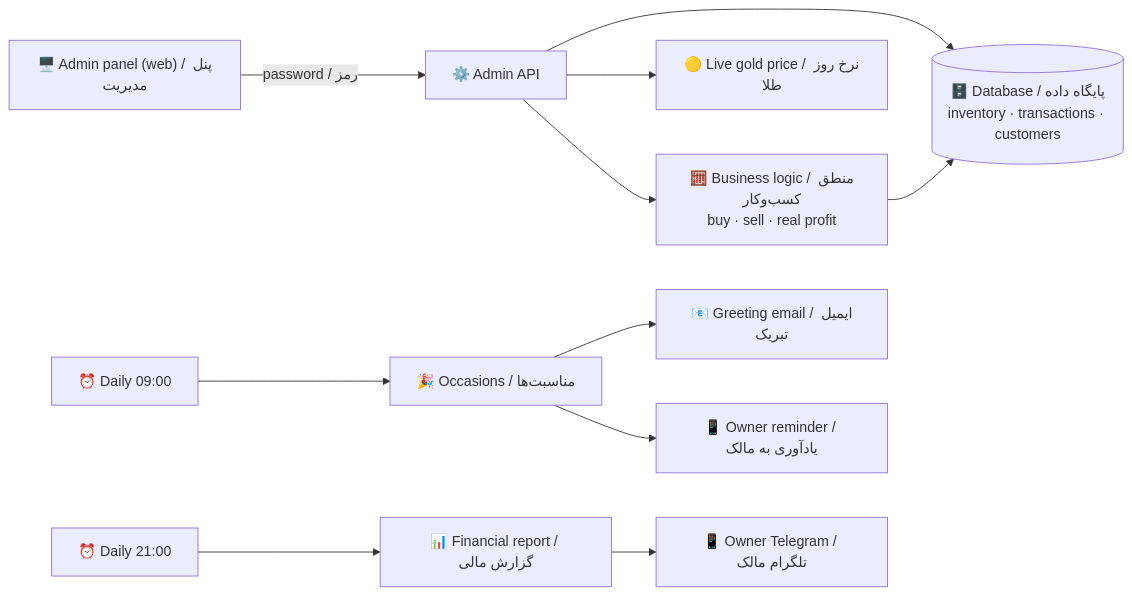
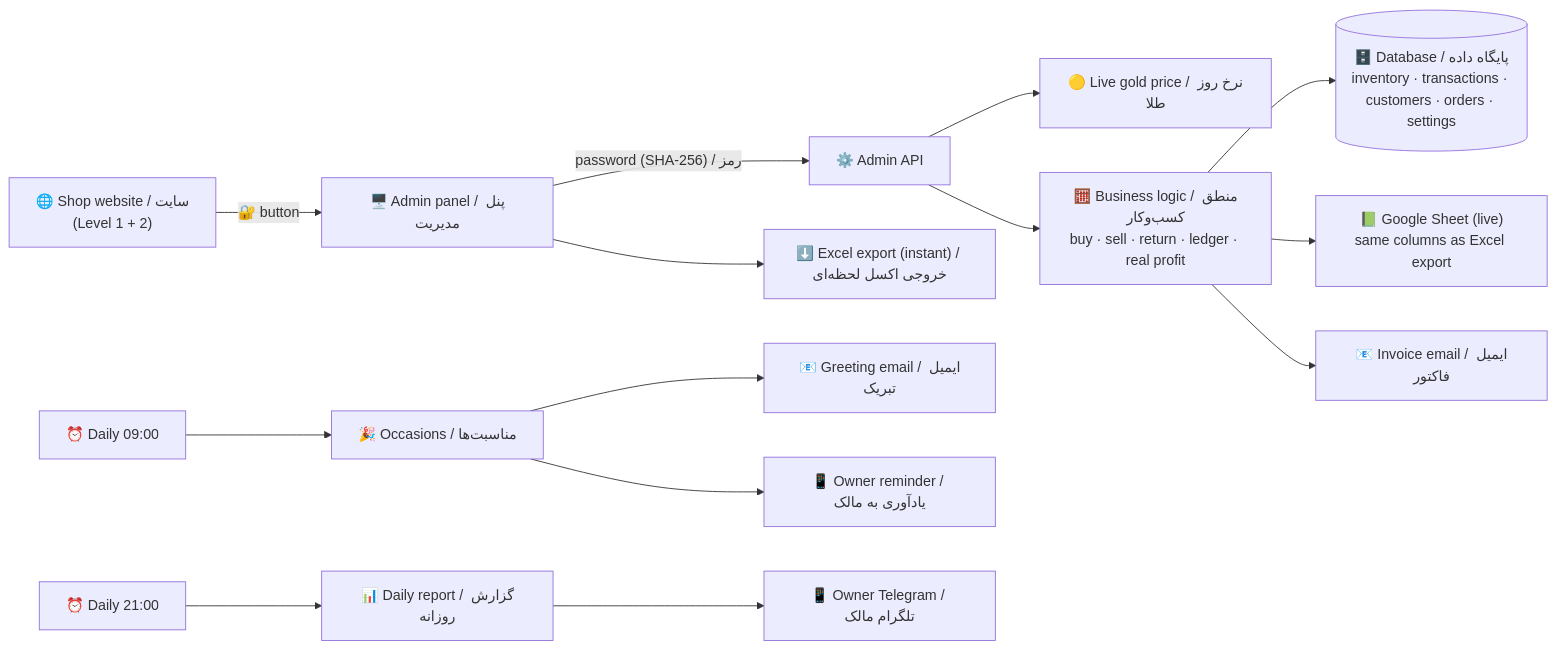
One commit to Fatemeh1203/n8n-Automation-Workflows changed the diagram in projects/goldsmith/level3-gold-shop-management/README.md. Above: the diagram before and after it, drawn with Mermaid. The commit also changed other lines of this file and 9 other files, not shown here.

First line of the commit message:
Level 3 v2: owner-set password, ledger, orders, cash box, live Sheet + Excel export

````diff
--- a/projects/goldsmith/level3-gold-shop-management/README.md
+++ b/projects/goldsmith/level3-gold-shop-management/README.md
@@ -17,11 +18,14 @@
 ```mermaid
 flowchart LR
-  P["🖥️ Admin panel (web) / پنل مدیریت"] -->|"password / رمز"| API["⚙️ Admin API"]
-  API --> DB[("🗄️ Database / پایگاه داده<br/>inventory · transactions · customers")]
+  W["🌐 Shop website / سایت<br/>(Level 1 + 2)"] -->|"🔐 button"| P["🖥️ Admin panel / پنل مدیریت"]
+  P -->|"password (SHA-256) / رمز"| API["⚙️ Admin API"]
   API --> M["🟡 Live gold price / نرخ روز طلا"]
-  API --> L["🧮 Business logic / منطق کسب‌وکار<br/>buy · sell · real profit"]
-  L --> DB
+  API --> L["🧮 Business logic / منطق کسب‌وکار<br/>buy · sell · return · ledger · real profit"]
+  L --> DB[("🗄️ Database / پایگاه داده<br/>inventory · transactions · customers · orders · settings")]
+  L --> GS["📗 Google Sheet (live)<br/>same columns as Excel export"]
+  L --> G["📧 Invoice email / ایمیل فاکتور"]
+  P --> X["⬇️ Excel export (instant) / خروجی اکسل لحظه‌ای"]
   T1["⏰ Daily 09:00"] --> O["🎉 Occasions / مناسبت‌ها"] --> E["📧 Greeting email / ایمیل تبریک"]
   O --> TG1["📱 Owner reminder / یادآوری به مالک"]
-  T2["⏰ Daily 21:00"] --> R["📊 Financial report / گزارش مالی"] --> TG2["📱 Owner Telegram / تلگرام مالک"]
+  T2["⏰ Daily 21:00"] --> R["📊 Daily report / گزارش روزانه"] --> TG2["📱 Owner Telegram / تلگرام مالک"]
 ```
````
